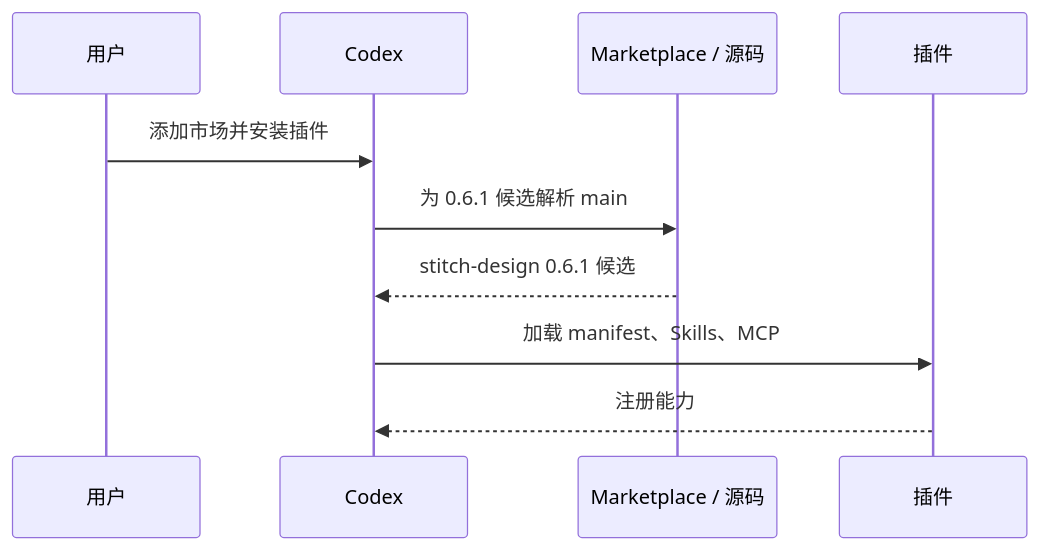
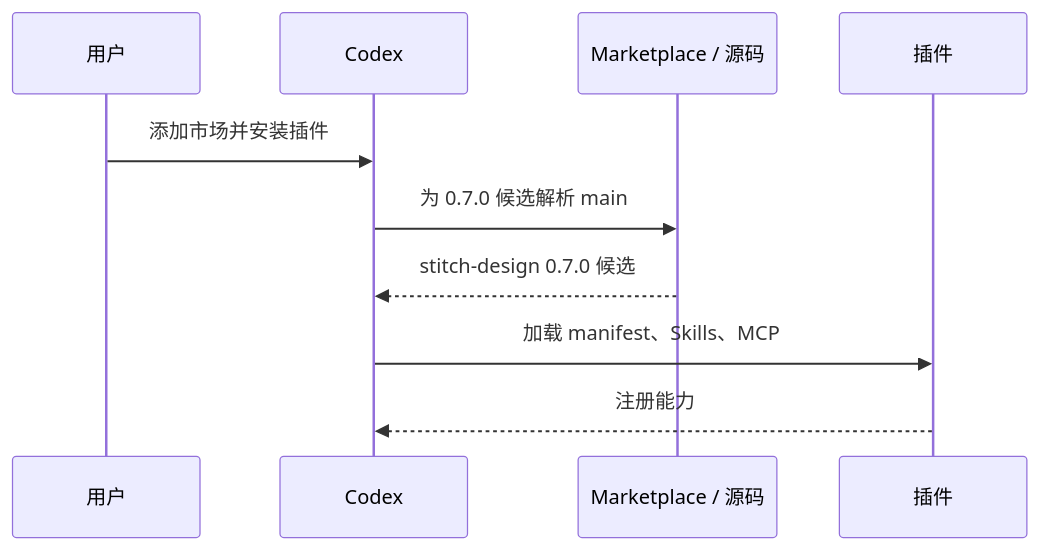
One commit to full-stack-plugins/stitch-design-plugin changed the seventh of 11 diagrams in docs/Stitch-Design-Architecture.zh_CN.md. Above: the diagram before and after it, drawn with Mermaid. The commit also changed other lines of this file and 16 other files, not shown here.

First line of the commit message:
chore: prepare Stitch Design 0.7.0 release

````diff
--- a/docs/Stitch-Design-Architecture.zh_CN.md
+++ b/docs/Stitch-Design-Architecture.zh_CN.md
@@ -158,12 +158,12 @@
 ```mermaid
 sequenceDiagram
     participant U as 用户
     participant C as Codex
     participant M as Marketplace / 源码
     participant P as 插件
     U->>C: 添加市场并安装插件
-    C->>M: 为 0.6.1 候选解析 main
-    M-->>C: stitch-design 0.6.1 候选
+    C->>M: 为 0.7.0 候选解析 main
+    M-->>C: stitch-design 0.7.0 候选
     C->>P: 加载 manifest、Skills、MCP
     P-->>C: 注册能力
 ```
````
